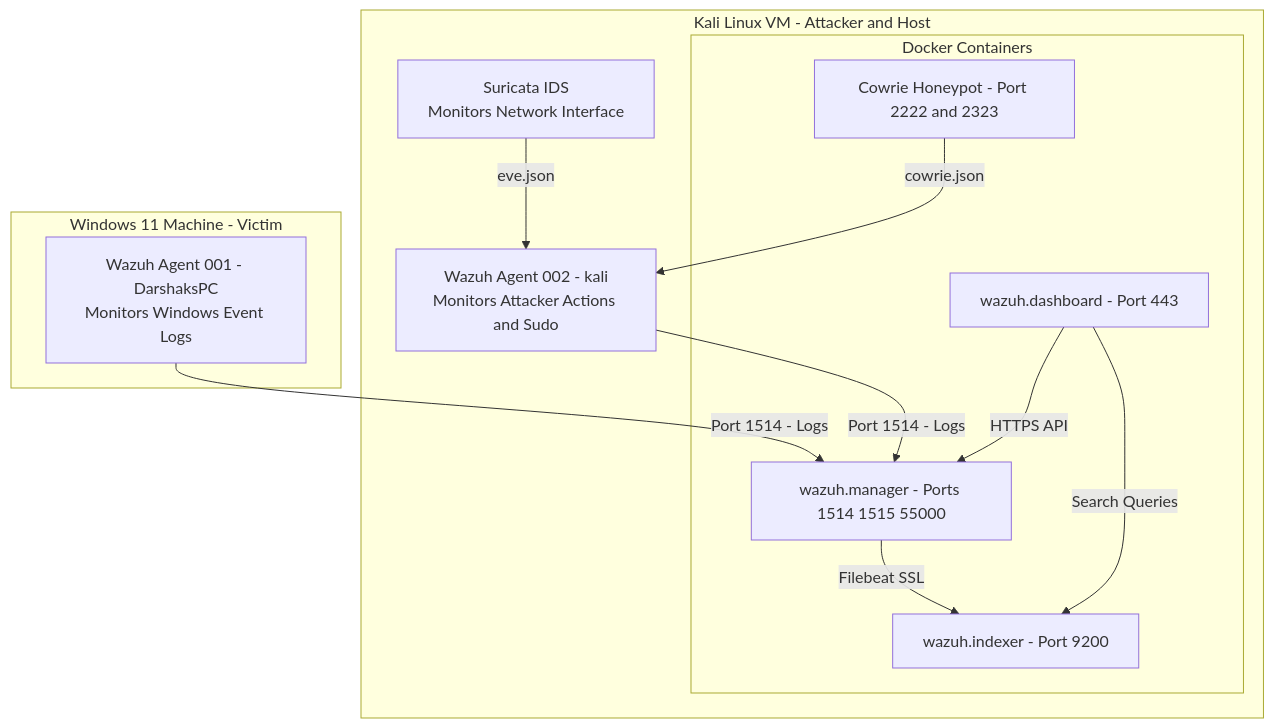
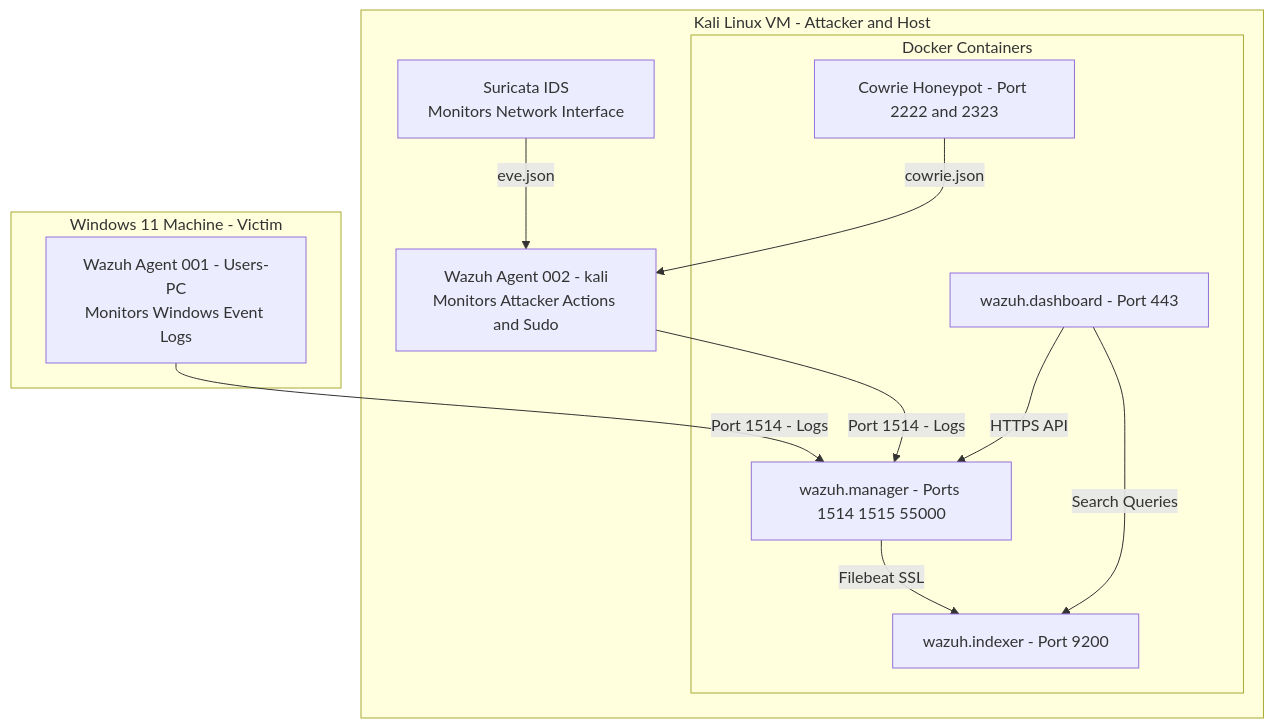
Before and after one commit to Darkrider240/SIEM-HoneyPot-Lab: the diagram in README.md, drawn with Mermaid. The commit also changed other lines of this file, not shown here.

Commit message:
Replace DarshaksPC with Users-PC for privacy

````diff
--- a/README.md
+++ b/README.md
@@ -11,27 +11,27 @@
 ```mermaid
 graph TD
     subgraph WinHost [Windows 11 Machine - Victim]
-        WinAgent[Wazuh Agent 001 - DarshaksPC<br>Monitors Windows Event Logs]
+        WinAgent[Wazuh Agent 001 - Users-PC<br>Monitors Windows Event Logs]
     end
 
     subgraph KaliVM [Kali Linux VM - Attacker and Host]
         subgraph DockerStack [Docker Containers]
             WazuhIndexer[wazuh.indexer - Port 9200]
             WazuhManager[wazuh.manager - Ports 1514 1515 55000]
             WazuhDashboard[wazuh.dashboard - Port 443]
             Cowrie[Cowrie Honeypot - Port 2222 and 2323]
         end
 
         KaliAgent[Wazuh Agent 002 - kali<br>Monitors Attacker Actions and Sudo]
         Suricata[Suricata IDS<br>Monitors Network Interface]
 
         Cowrie -->|cowrie.json| KaliAgent
         Suricata -->|eve.json| KaliAgent
     end
 
     WinAgent -->|Port 1514 - Logs| WazuhManager
     KaliAgent -->|Port 1514 - Logs| WazuhManager
     WazuhManager -->|Filebeat SSL| WazuhIndexer
     WazuhDashboard -->|HTTPS API| WazuhManager
     WazuhDashboard -->|Search Queries| WazuhIndexer
 ```
````
